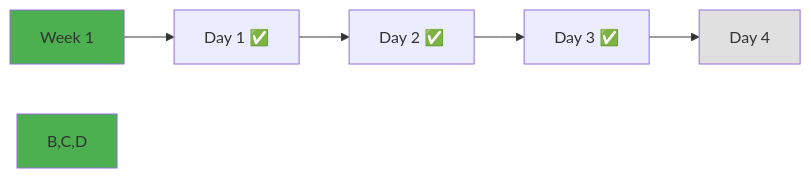
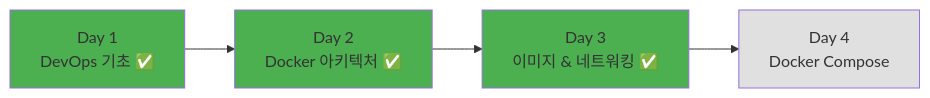
One commit to niceguy61/kdt_devops_lecture_2025 changed the diagram in theory/week_01/day3/README.md. Above: the diagram before and after it, drawn with Mermaid. The commit also changed other lines of this file, not shown here.

````diff
--- a/theory/week_01/day3/README.md
+++ b/theory/week_01/day3/README.md
@@ -579,11 +163,11 @@
 ```mermaid
 graph LR
-    A[Week 1] --> B[Day 1 ✅]
-    B --> C[Day 2 ✅]
-    C --> D[Day 3 ✅]
-    D --> E[Day 4]
+    A[Day 1<br/>DevOps 기초 ✅] --> B[Day 2<br/>Docker 아키텍처 ✅]
+    B --> C[Day 3<br/>이미지 & 네트워킹 ✅]
+    C --> D[Day 4<br/>Docker Compose]
     
     style A fill:#4caf50
-    style B,C,D fill:#4caf50
-    style E fill:#e0e0e0
+    style B fill:#4caf50
+    style C fill:#4caf50
+    style D fill:#e0e0e0
 ```
````
